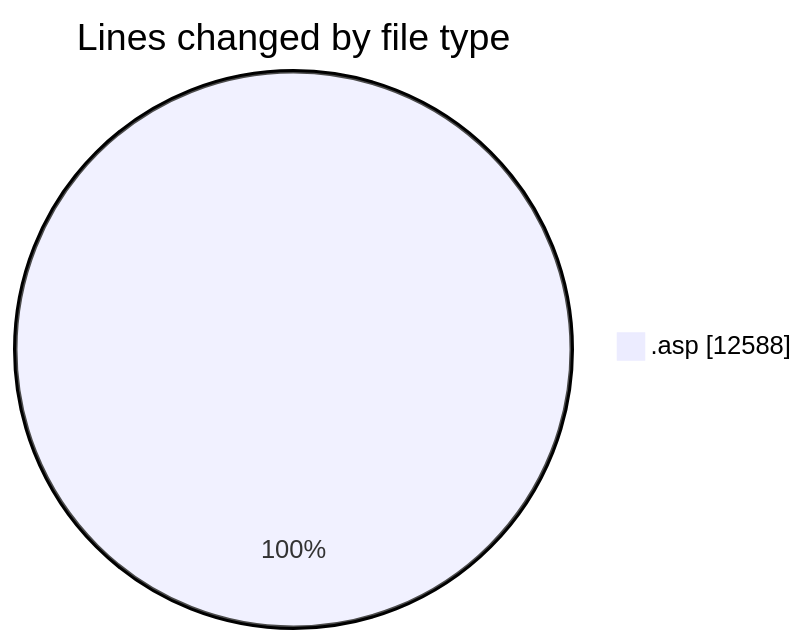
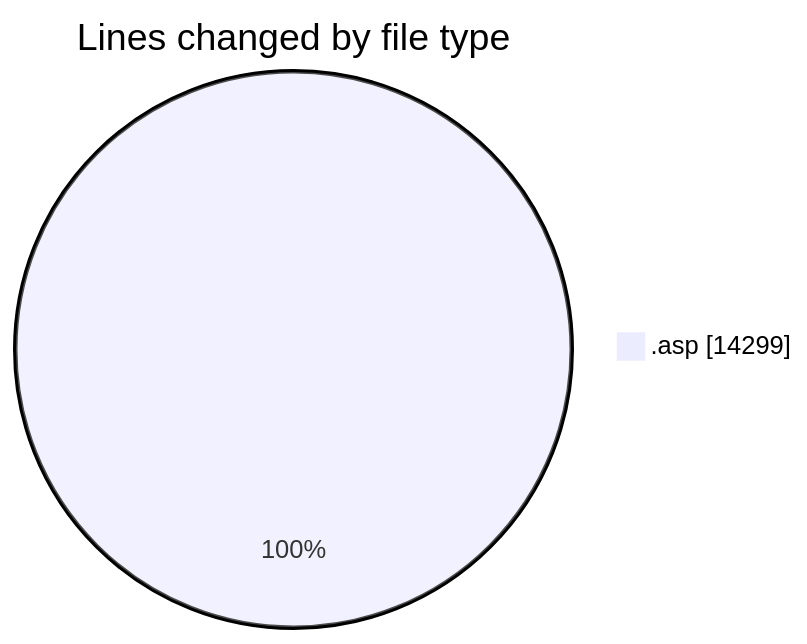
The first of 2 diagrams in 2025-11-28/cdp_aleoudev_fr__workspace_/README.md (julien-gomy/code-tracking), drawn with Mermaid before and after one commit. The commit also changed other lines of this file and 1 other file, not shown here.

````diff
--- a/2025-11-28/cdp_aleoudev_fr__workspace_/README.md
+++ b/2025-11-28/cdp_aleoudev_fr__workspace_/README.md
@@ -24,5 +25,5 @@
 ```mermaid
 pie showData
 title Lines changed by file type
-".asp" : 12588
+".asp" : 14299
 ```
````
